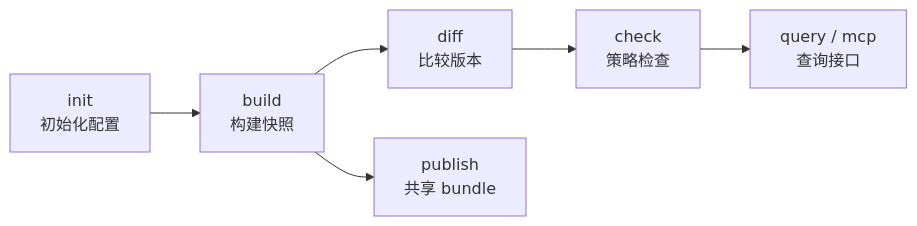
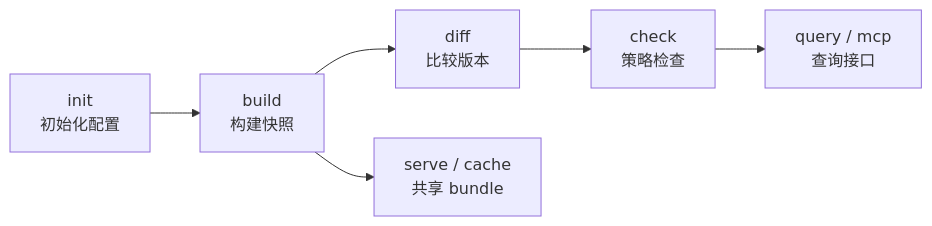
The diagram in docs/src/content/docs/introduction.mdx (cogna-dev/cogna), drawn with Mermaid before and after one commit. The commit also changed other lines of this file and 121 other files, not shown here.

Commit message:
refactor: New architecture

````diff
--- a/docs/src/content/docs/introduction.mdx
+++ b/docs/src/content/docs/introduction.mdx
@@ -19,8 +19,8 @@
 ```mermaid
 flowchart LR
     A["init\n初始化配置"] --> B["build\n构建快照"]
     B --> C["diff\n比较版本"]
     C --> D["check\n策略检查"]
     D --> E["query / mcp\n查询接口"]
-    B --> F["publish\n共享 bundle"]
+    B --> F["serve / cache\n共享 bundle"]
 ```
````
